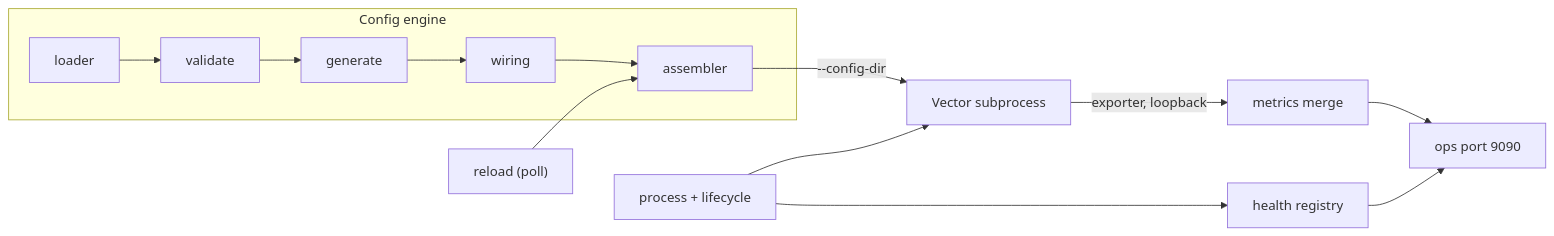
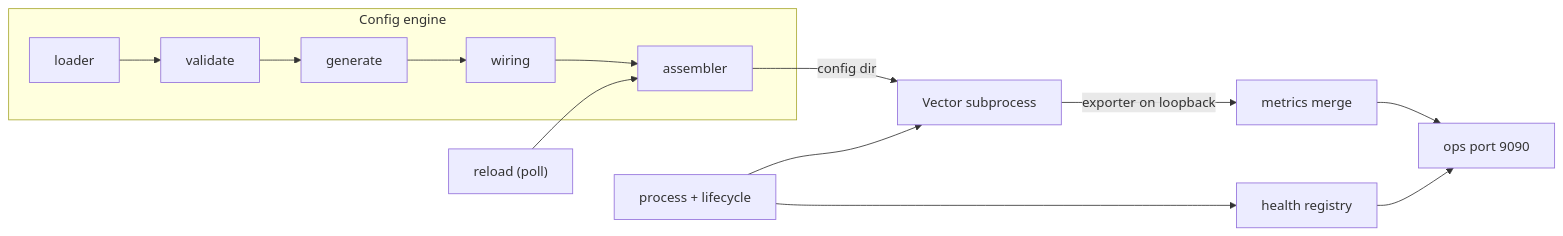
One commit to hyperi-io/dfe-transform-vector changed the diagram in docs/architecture.md. Above: the diagram before and after it, drawn with Mermaid. The commit also changed other lines of this file and 10 other files, not shown here.

````diff
--- a/docs/architecture.md
+++ b/docs/architecture.md
@@ -66,13 +34,13 @@
 ```mermaid
 flowchart LR
     subgraph CFG["Config engine"]
         L["loader"] --> V["validate"] --> G["generate"] --> W["wiring"] --> A["assembler"]
     end
-    A -->|"--config-dir"| VEC["Vector subprocess"]
+    A -->|config dir| VEC["Vector subprocess"]
     PM["process + lifecycle"] --> VEC
-    RL["reload (poll)"] --> A
-    VEC -->|"exporter, loopback"| MM["metrics merge"]
+    RLD["reload (poll)"] --> A
+    VEC -->|exporter on loopback| MM["metrics merge"]
     PM --> H["health registry"]
     MM --> OPS["ops port 9090"]
     H --> OPS
 ```
````
